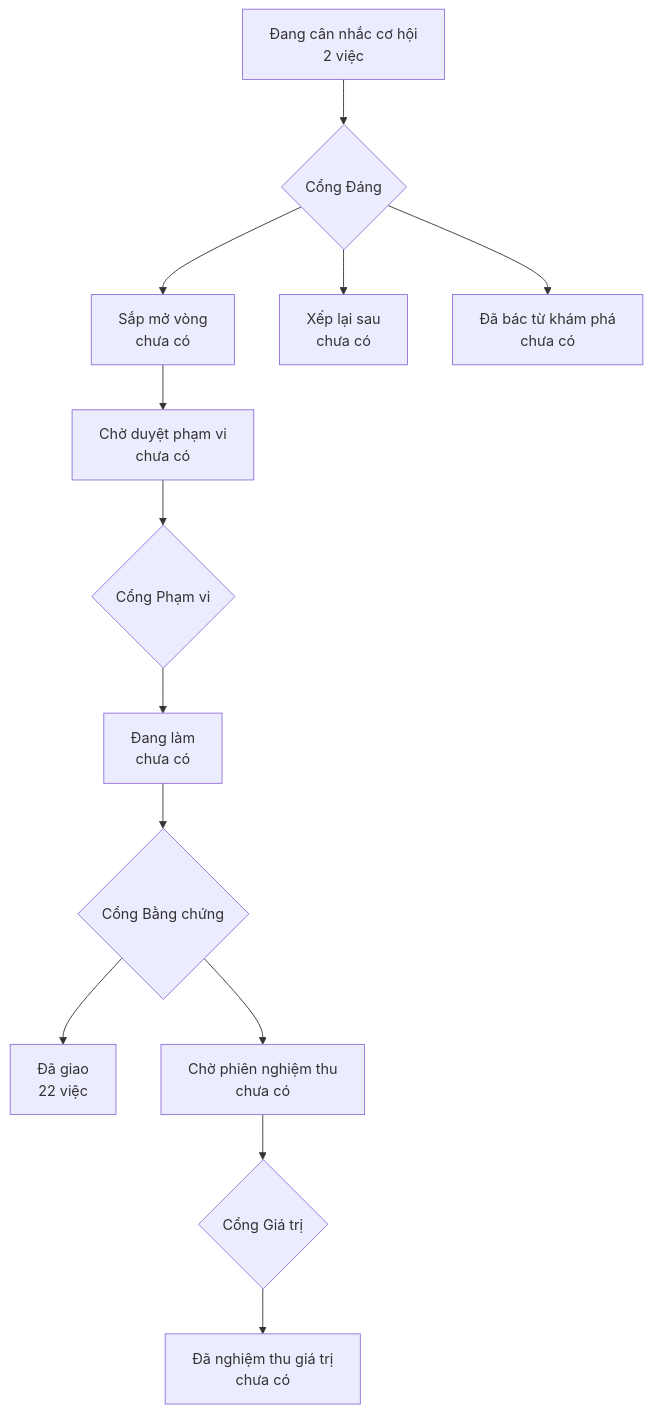
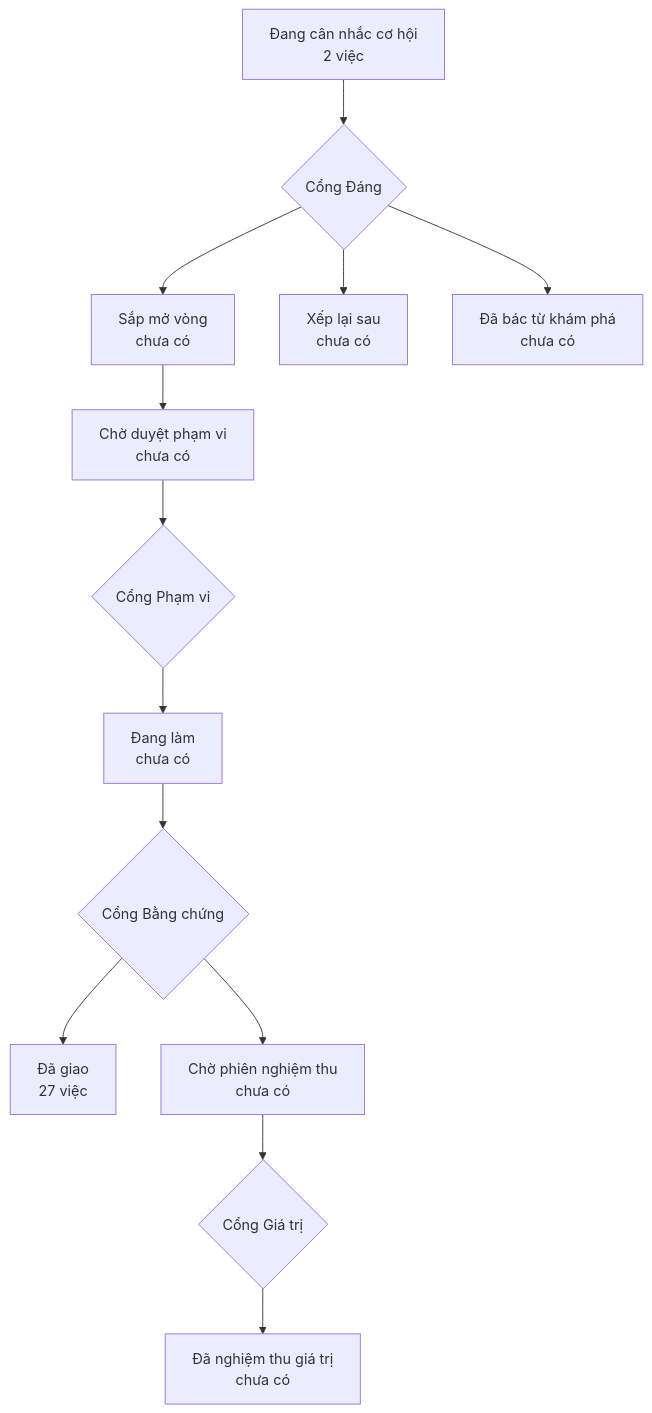
Before and after one commit to phanlemanh/OneFlow: the diagram in PRODUCT-MAP.md, drawn with Mermaid. The commit also changed other lines of this file and 1 other file, not shown here.

````diff
--- a/PRODUCT-MAP.md
+++ b/PRODUCT-MAP.md
@@ -6,12 +6,12 @@
 ```mermaid
 flowchart TD
   A["Đang cân nhắc cơ hội<br/>2 việc"] --> GD{"Cổng Đáng"}
   GD --> B["Sắp mở vòng<br/>chưa có"]
   GD --> XL["Xếp lại sau<br/>chưa có"]
   GD --> DB["Đã bác từ khám phá<br/>chưa có"]
   B --> CD["Chờ duyệt phạm vi<br/>chưa có"] --> GP{"Cổng Phạm vi"}
   GP --> DL["Đang làm<br/>chưa có"] --> GB{"Cổng Bằng chứng"}
-  GB --> DG["Đã giao<br/>22 việc"]
+  GB --> DG["Đã giao<br/>27 việc"]
   GB --> CN["Chờ phiên nghiệm thu<br/>chưa có"] --> GG{"Cổng Giá trị"}
   GG --> NT["Đã nghiệm thu giá trị<br/>chưa có"]
 ```
````
